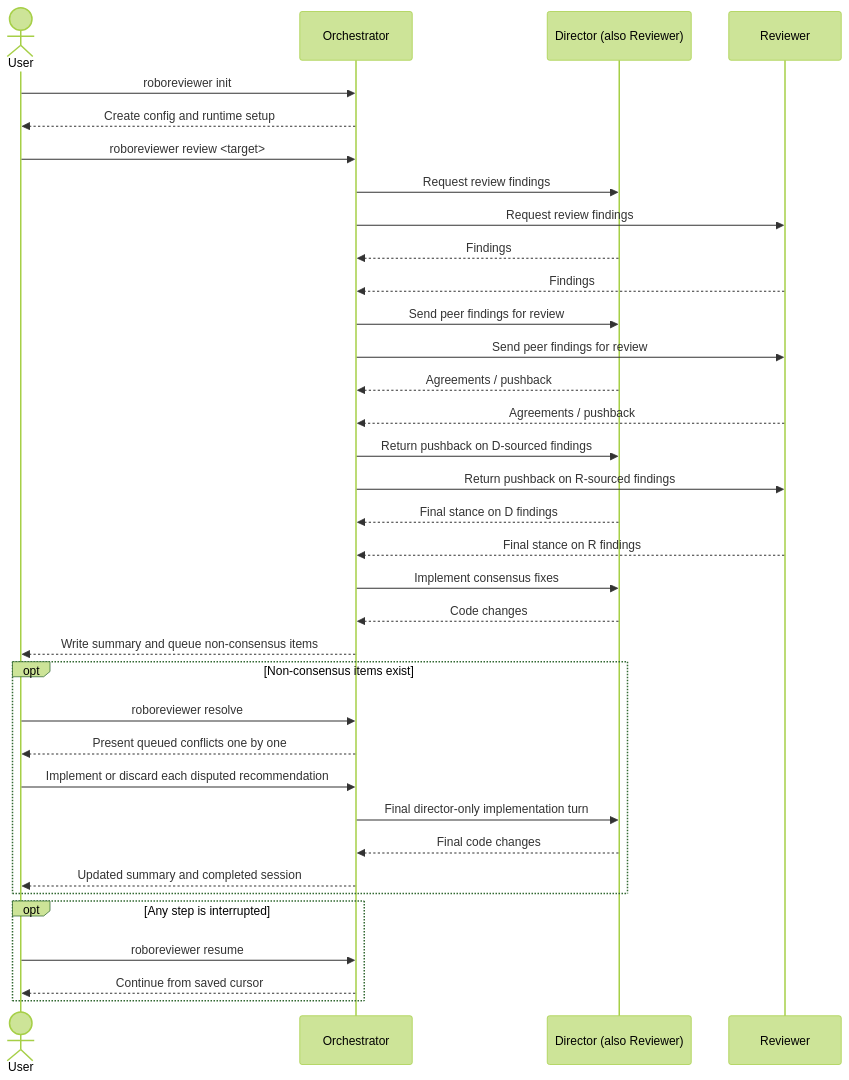
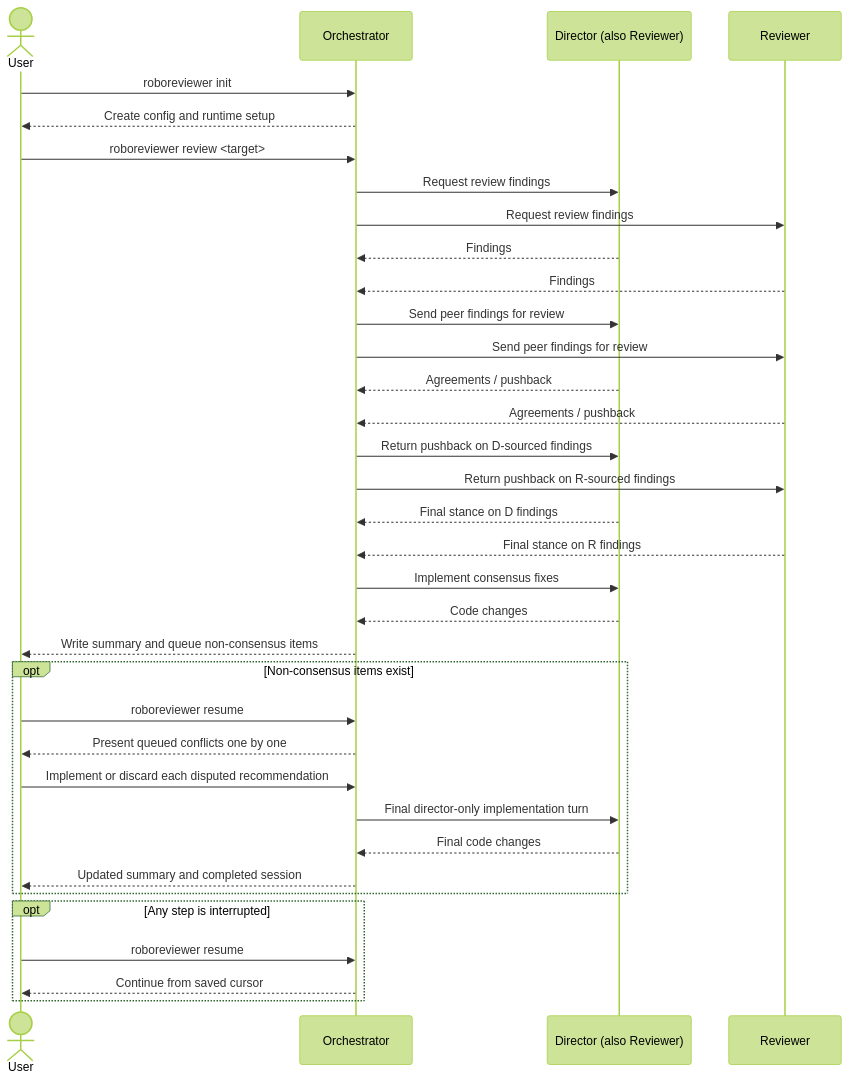
Before and after one commit to kirinmurphy/roboreviewer_cli: the second of 2 diagrams in docs/spec/MVP/PRD.md, drawn with Mermaid (forest theme). The commit also changed other lines of this file and 74 other files, not shown here.

````diff
--- a/docs/spec/MVP/PRD.md
+++ b/docs/spec/MVP/PRD.md
@@ -374,41 +515,41 @@
 ```mermaid
 sequenceDiagram
     actor U as User
     participant O as Orchestrator
     participant D as Director (also Reviewer)
     participant R as Reviewer
 
     U->>O: roboreviewer init
     O-->>U: Create config and runtime setup
 
     U->>O: roboreviewer review <target>
     O->>D: Request review findings
     O->>R: Request review findings
     D-->>O: Findings
     R-->>O: Findings
     O->>D: Send peer findings for review
     O->>R: Send peer findings for review
     D-->>O: Agreements / pushback
     R-->>O: Agreements / pushback
     O->>D: Return pushback on D-sourced findings
     O->>R: Return pushback on R-sourced findings
     D-->>O: Final stance on D findings
     R-->>O: Final stance on R findings
     O->>D: Implement consensus fixes
     D-->>O: Code changes
     O-->>U: Write summary and queue non-consensus items
 
     opt Non-consensus items exist
-        U->>O: roboreviewer resolve
+        U->>O: roboreviewer resume
         O-->>U: Present queued conflicts one by one
         U->>O: Implement or discard each disputed recommendation
         O->>D: Final director-only implementation turn
         D-->>O: Final code changes
         O-->>U: Updated summary and completed session
     end
 
     opt Any step is interrupted
         U->>O: roboreviewer resume
         O-->>U: Continue from saved cursor
     end
 ```
````
